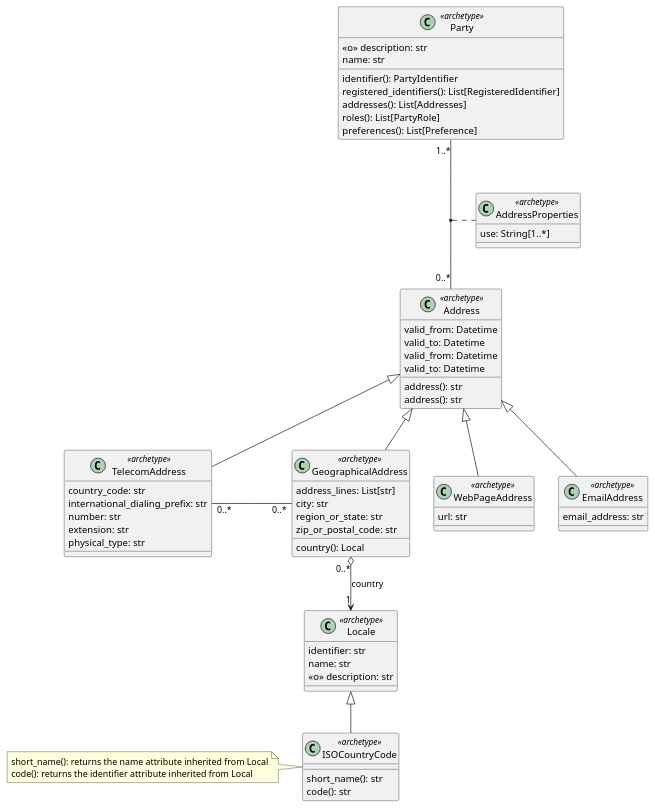
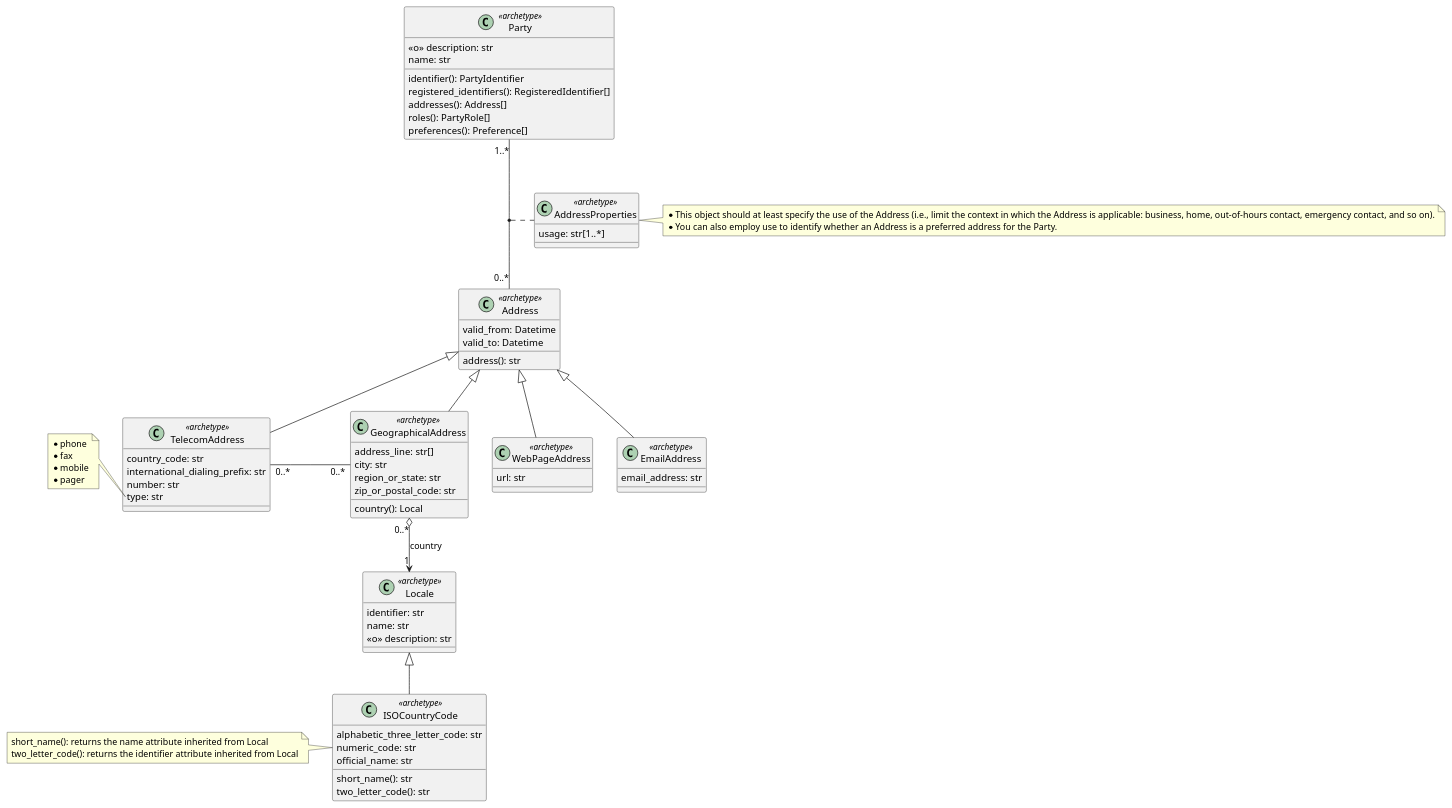
The diagram in patterns/party/02 address.puml (homeend/mda), drawn with PlantUML before and after one commit. The commit also changed 2 other files, not shown here.

```diff
--- a/patterns/party/02 address.puml
+++ b/patterns/party/02 address.puml
@@ -1,86 +1,92 @@
 @startuml
 
 
 
 class Party <<archetype>> {
 {field} <<o>> description: str
 {field} name: str
 {method} identifier(): PartyIdentifier
-{method} registered_identifiers(): List[RegisteredIdentifier]
-{method} addresses(): List[Addresses]
-{method} roles(): List[PartyRole]
-{method} preferences(): List[Preference]
+{method} registered_identifiers(): RegisteredIdentifier[]
+{method} addresses(): Address[]
+{method} roles(): PartyRole[]
+{method} preferences(): Preference[]
 }
 
 
 
 Party "1..*" -down- "0..*" Address : \t\t\t\t\t
 
 class Address <<archetype>> {
 valid_from: Datetime
 valid_to: Datetime
 address(): str
 }
 
 (Party, Address) ... AddressProperties
 
 class AddressProperties <<archetype>> {
-use: String[1..*]
+usage: str[1..*]
 }
+note right
+* This object should at least specify the use of the Address (i.e., limit the context in which the Address is applicable: business, home, out-of-hours contact, emergency contact, and so on).
+* You can also employ use to identify whether an Address is a preferred address for the Party.
+end note
 
-
-
-
-class Address <<archetype>> {
-valid_from: Datetime
-valid_to: Datetime
-address(): str
-}
 
 class WebPageAddress <<archetype>>{
 url: str
 }
 class EmailAddress <<archetype>>{
 email_address: str
 }
 class TelecomAddress <<archetype>>{
 country_code: str
 international_dialing_prefix: str
 number: str
-extension: str
-physical_type: str
+type: str
 }
 
+note left of TelecomAddress::type
+* phone
+* fax
+* mobile
+* pager
+end note
+
 class GeographicalAddress <<archetype>>{
-address_lines: List[str]
+address_line: str[]
 city: str
 region_or_state: str
 zip_or_postal_code: str
 country(): Local
 }
 
 class Locale <<archetype>>{
 identifier: str
 name: str
 <<o>> description: str
 }
 
 class ISOCountryCode <<archetype>>{
+alphabetic_three_letter_code: str
+numeric_code: str
+official_name: str
+
 short_name(): str
-code(): str
+two_letter_code(): str
 }
+
+note left of ISOCountryCode
+short_name(): returns the name attribute inherited from Local
+two_letter_code(): returns the identifier attribute inherited from Local
+end note
 
 Address <|-- WebPageAddress
 Address <|-- EmailAddress
 Address <|-- TelecomAddress
 Address <|-- GeographicalAddress
 TelecomAddress "0..*" - "0..*"  GeographicalAddress : \t\t\t
 GeographicalAddress "0..*" o--> "1" Locale: country
 Locale <|-- ISOCountryCode
 
-note left of ISOCountryCode
-short_name(): returns the name attribute inherited from Local
-code(): returns the identifier attribute inherited from Local
-end note
-
 @enduml
```
